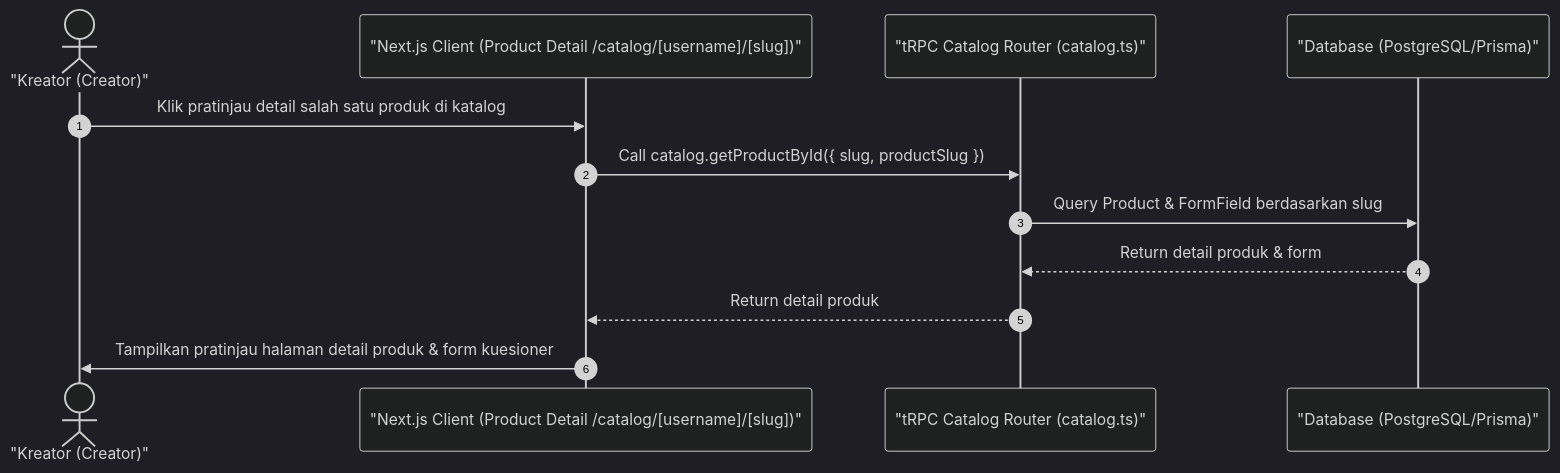
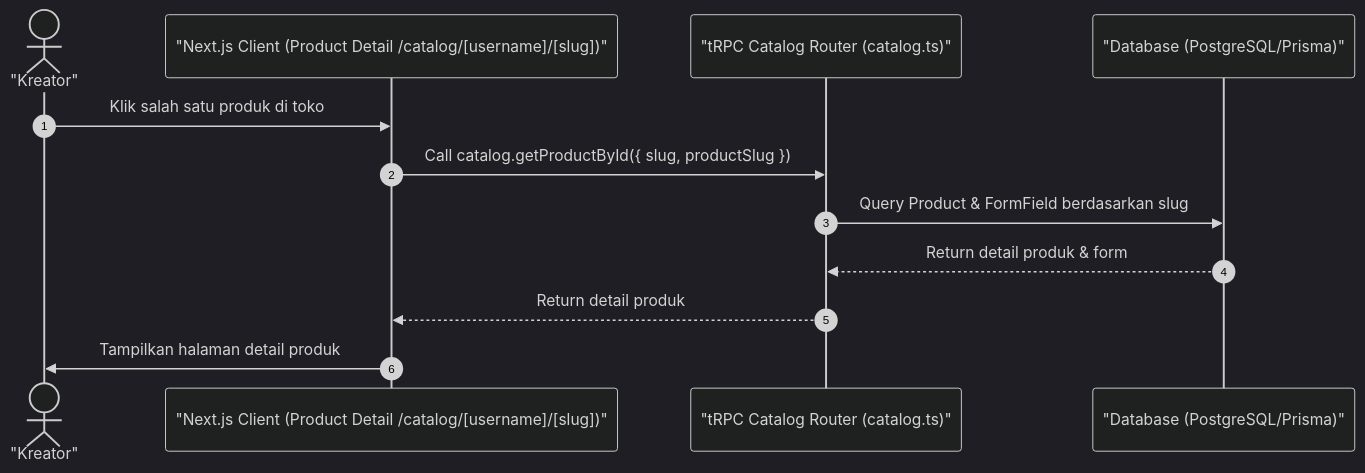
The diagram in docs/37-creator-catalog-detail.md (luputer/CuanIN), drawn with Mermaid (dark theme) before and after one commit. The commit also changed 53 other files, not shown here.

````diff
--- a/docs/37-creator-catalog-detail.md
+++ b/docs/37-creator-catalog-detail.md
@@ -5,16 +5,16 @@
 ```mermaid
 sequenceDiagram
     autonumber
-    actor Creator as "Kreator (Creator)"
+    actor Creator as "Kreator"
     participant Client as "Next.js Client (Product Detail /catalog/[username]/[slug])"
     participant Server as "tRPC Catalog Router (catalog.ts)"
     participant DB as "Database (PostgreSQL/Prisma)"
 
-    Creator->>Client: Klik pratinjau detail salah satu produk di katalog
+    Creator->>Client: Klik salah satu produk di toko
     Client->>Server: Call catalog.getProductById({ slug, productSlug })
     Server->>DB: Query Product & FormField berdasarkan slug
     DB-->>Server: Return detail produk & form
     Server-->>Client: Return detail produk
-    Client->>Creator: Tampilkan pratinjau halaman detail produk & form kuesioner
+    Client->>Creator: Tampilkan halaman detail produk
 
 ```
````
